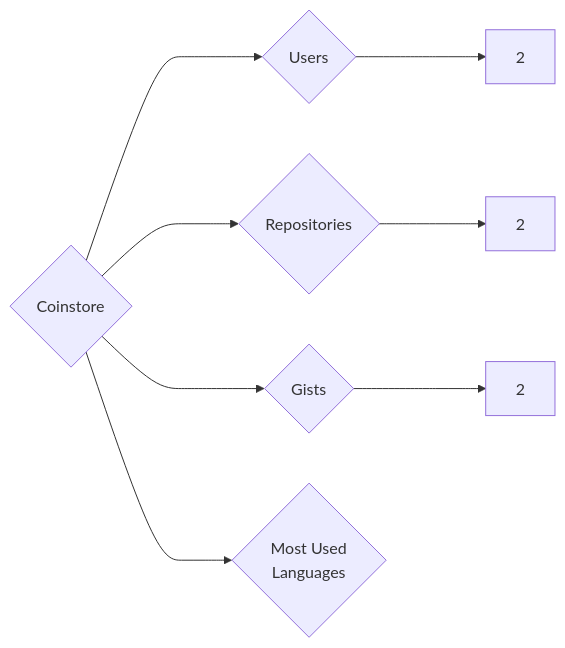
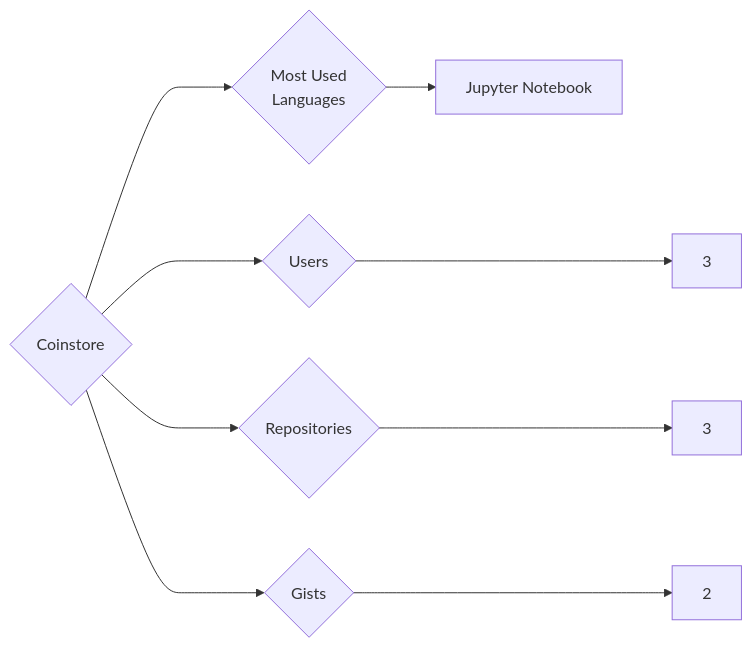
One commit to trickest/insiders changed the diagram in targets/Coinstore/README.md. Above: the diagram before and after it, drawn with Mermaid. The commit also changed 1120 other files, not shown here.

````diff
--- a/targets/Coinstore/README.md
+++ b/targets/Coinstore/README.md
@@ -3,8 +3,9 @@
 ```mermaid
 graph LR
 COMPANY_NAME{Coinstore}
-COMPANY_NAME ---> U{Users} ---> UN[2]
-COMPANY_NAME ---> R{Repositories} ---> RN[2]
+COMPANY_NAME ---> U{Users} ---> UN[3]
+COMPANY_NAME ---> R{Repositories} ---> RN[3]
 COMPANY_NAME ---> G{Gists} ---> GN[2]
 COMPANY_NAME ---> ML{Most Used<br>Languages}
+ML --> Jupyter_Notebook[Jupyter Notebook]
 ```
````
